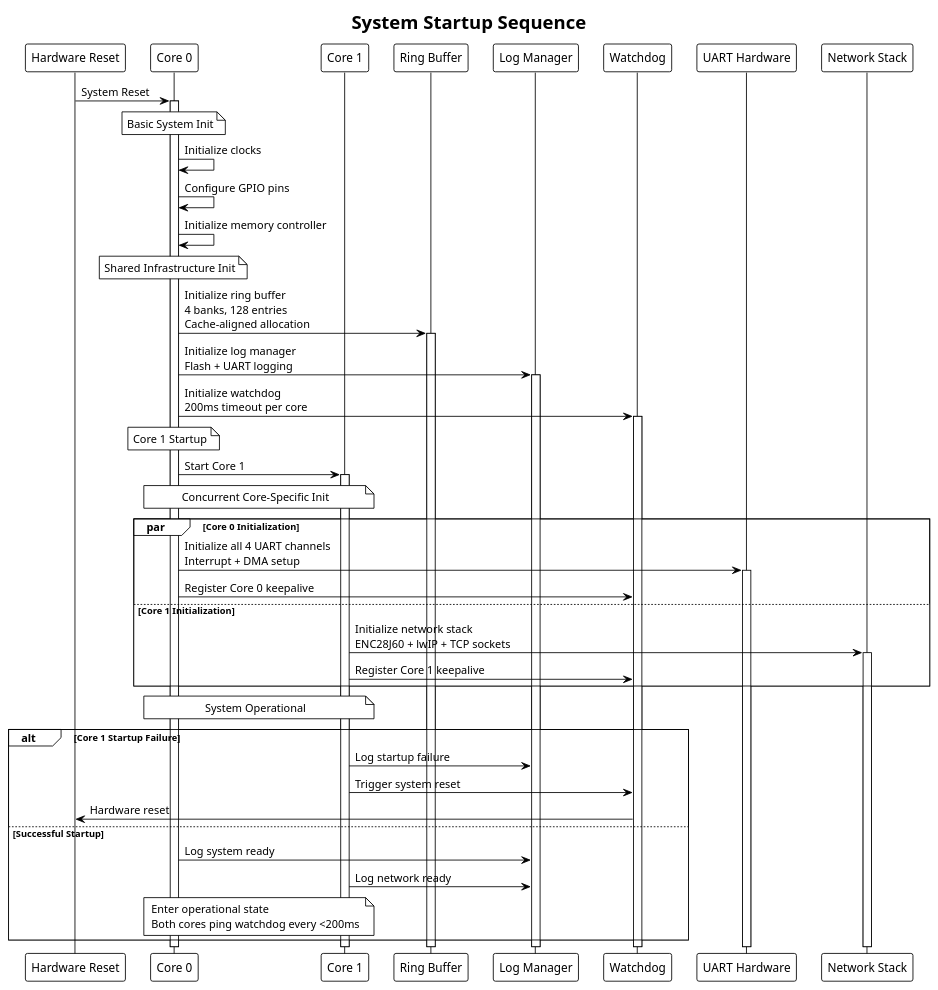
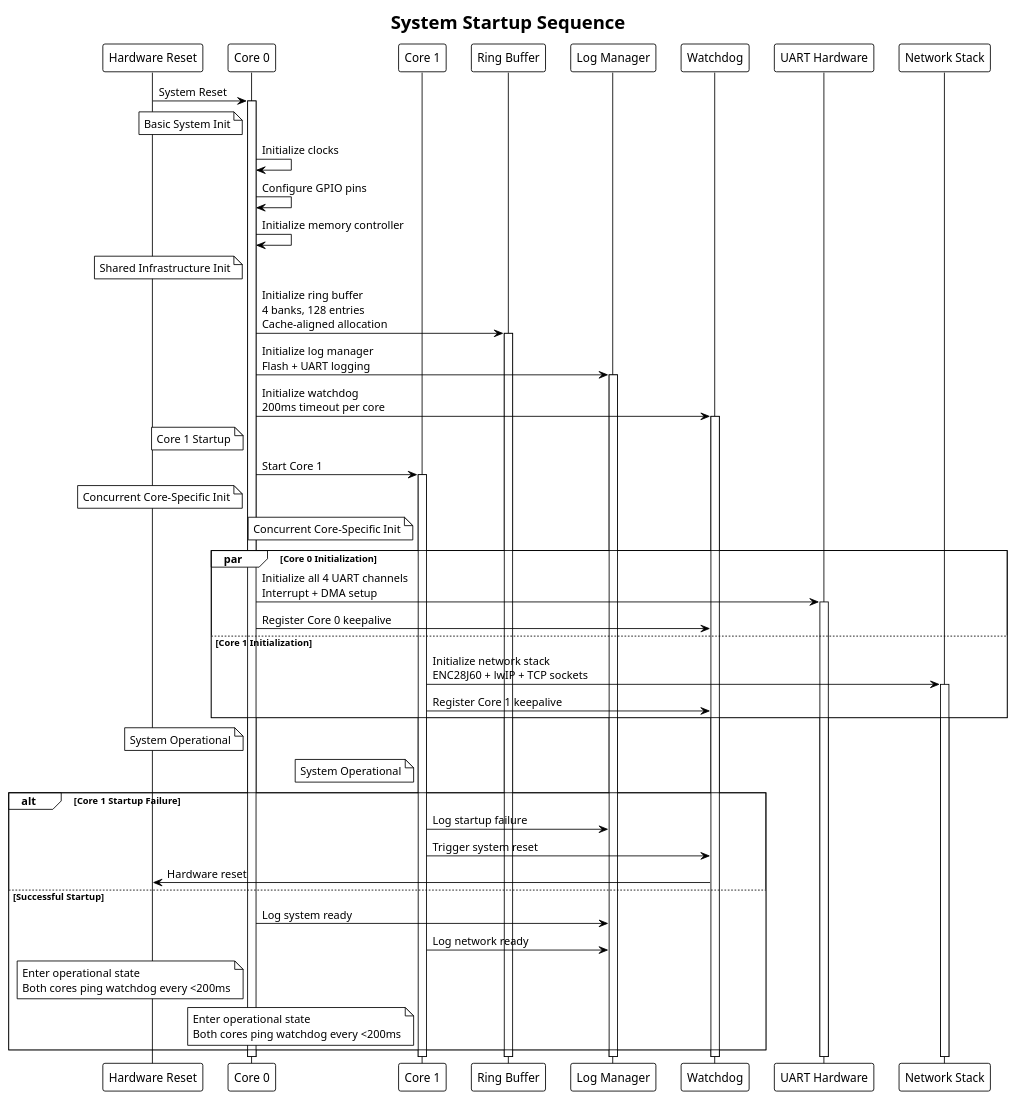
One commit to haxorsebb/UART2ETH changed the first of 8 diagrams in docs/arc42/src/06_runtime_view.adoc. Above: the diagram before and after it, drawn with PlantUML. The commit also changed other lines of this file and 1 other file, not shown here.

```diff
--- a/docs/arc42/src/06_runtime_view.adoc
+++ b/docs/arc42/src/06_runtime_view.adoc
@@ -46,63 +46,66 @@
 [plantuml, system-startup-sequence, svg]
 ----
 @startuml
 !theme plain
 skinparam backgroundColor transparent
 
 title System Startup Sequence
 
 participant "Hardware Reset" as HW
 participant "Core 0" as C0
 participant "Core 1" as C1
 participant "Ring Buffer" as RB
 participant "Log Manager" as LOG
 participant "Watchdog" as WD
 participant "UART Hardware" as UART
 participant "Network Stack" as NET
 
 HW -> C0 : System Reset
 activate C0
 
-note over C0 : Basic System Init
+note left of C0 : Basic System Init
 C0 -> C0 : Initialize clocks
 C0 -> C0 : Configure GPIO pins
 C0 -> C0 : Initialize memory controller
 
-note over C0 : Shared Infrastructure Init
+note left of C0 : Shared Infrastructure Init
 C0 -> RB : Initialize ring buffer\n4 banks, 128 entries\nCache-aligned allocation
 activate RB
 C0 -> LOG : Initialize log manager\nFlash + UART logging
 activate LOG
 C0 -> WD : Initialize watchdog\n200ms timeout per core
 activate WD
 
-note over C0 : Core 1 Startup
+note left of C0 : Core 1 Startup
 C0 -> C1 : Start Core 1
 activate C1
 
-note over C0, C1 : Concurrent Core-Specific Init
+note left of C0 : Concurrent Core-Specific Init
+note left of C1 : Concurrent Core-Specific Init
 
 par Core 0 Initialization
     C0 -> UART : Initialize all 4 UART channels\nInterrupt + DMA setup
     activate UART
     C0 -> WD : Register Core 0 keepalive
 else Core 1 Initialization
     C1 -> NET : Initialize network stack\nENC28J60 + lwIP + TCP sockets
     activate NET
     C1 -> WD : Register Core 1 keepalive
 end
 
-note over C0, C1 : System Operational
+note left of C0 : System Operational
+note left of C1 : System Operational
 
 alt Core 1 Startup Failure
     C1 -> LOG : Log startup failure
     C1 -> WD : Trigger system reset
     WD -> HW : Hardware reset
 else Successful Startup
     C0 -> LOG : Log system ready
     C1 -> LOG : Log network ready
-    note over C0, C1 : Enter operational state\nBoth cores ping watchdog every <200ms
+    note left of C0 : Enter operational state\nBoth cores ping watchdog every <200ms
+    note left of C1 : Enter operational state\nBoth cores ping watchdog every <200ms
 end
 
 @enduml
 ----
```
